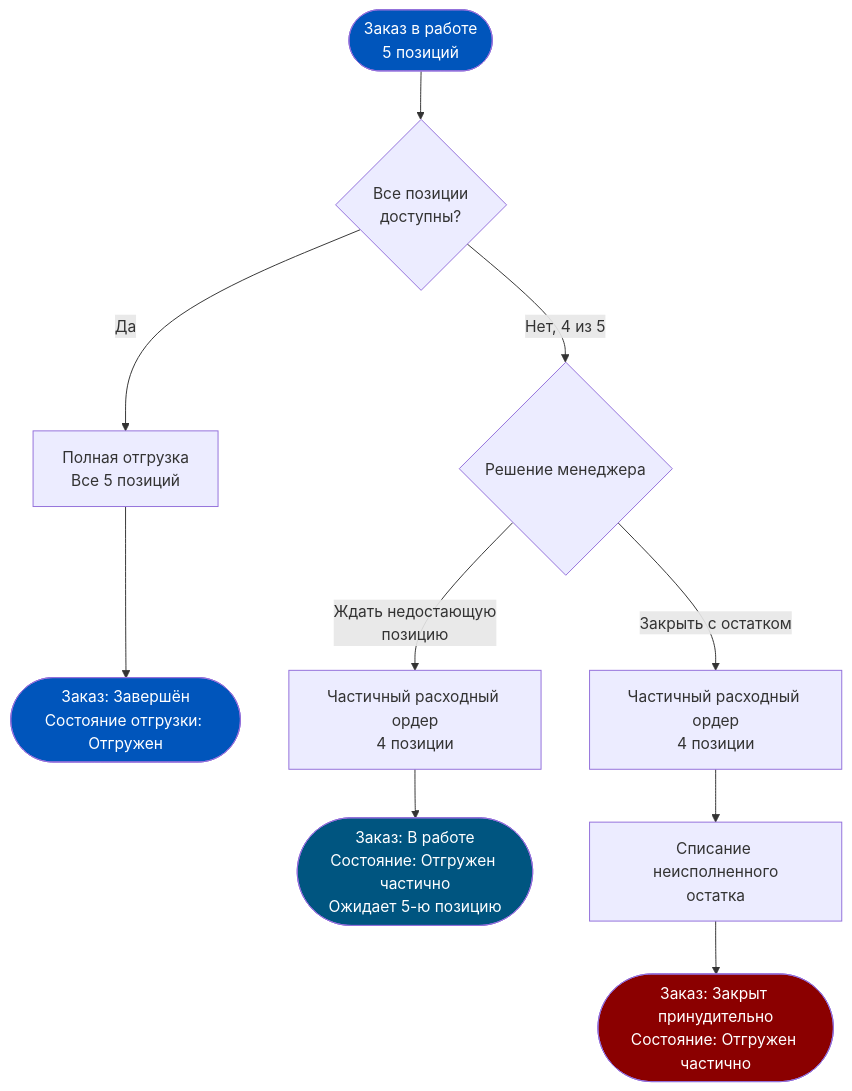
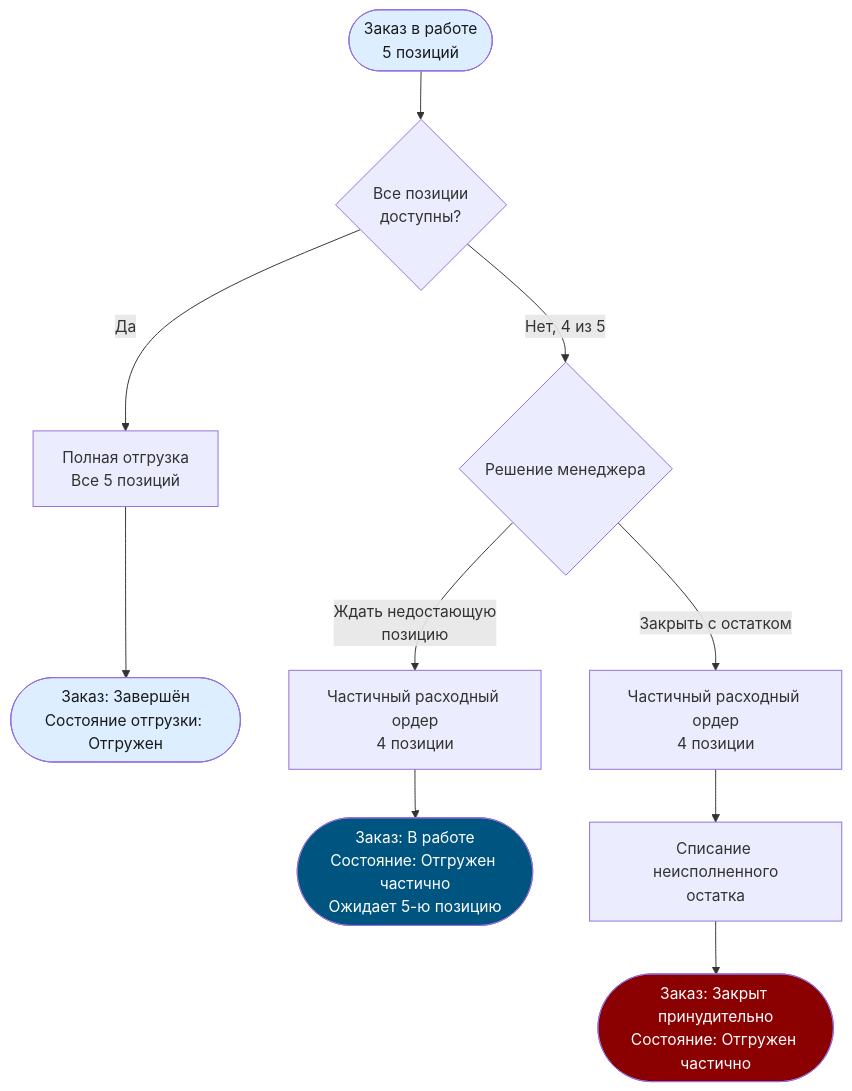
The fourth of 7 diagrams in content/1c-erp/week_6/Неделя 6 - День 2 - Статусная модель заказа.md (murad1986/1c-erp-quartz), drawn with Mermaid before and after one commit. The commit also changed other lines of this file and 57 other files, not shown here.

First line of the commit message:
fix: Mermaid — пастельные цвета в источниках диаграмм (56 файлов)

````diff
--- a/content/1c-erp/week_6/Неделя 6 - День 2 - Статусная модель заказа.md
+++ b/content/1c-erp/week_6/Неделя 6 - День 2 - Статусная модель заказа.md
@@ -180,19 +180,19 @@
 ```mermaid
 flowchart TD
     A([Заказ в работе<br/>5 позиций]) --> B{Все позиции<br/>доступны?}
     B -->|Да| C[Полная отгрузка<br/>Все 5 позиций]
     B -->|Нет, 4 из 5| D{Решение менеджера}
     C --> E([Заказ: Завершён<br/>Состояние отгрузки: Отгружен])
 
     D -->|Ждать недостающую<br/>позицию| F[Частичный расходный ордер<br/>4 позиции]
     D -->|Закрыть с остатком| G[Частичный расходный ордер<br/>4 позиции]
 
     F --> H([Заказ: В работе<br/>Состояние: Отгружен частично<br/>Ожидает 5-ю позицию])
     G --> I[Списание неисполненного<br/>остатка]
     I --> J([Заказ: Закрыт принудительно<br/>Состояние: Отгружен частично])
 
-    style A fill:#0055BB,color:#fff
-    style E fill:#0055BB,color:#fff
+    style A fill:#dceeff,color:#1a1a1a
+    style E fill:#dceeff,color:#1a1a1a
     style H fill:#005580,color:#fff
     style J fill:#8B0000,color:#fff
 ```
````
